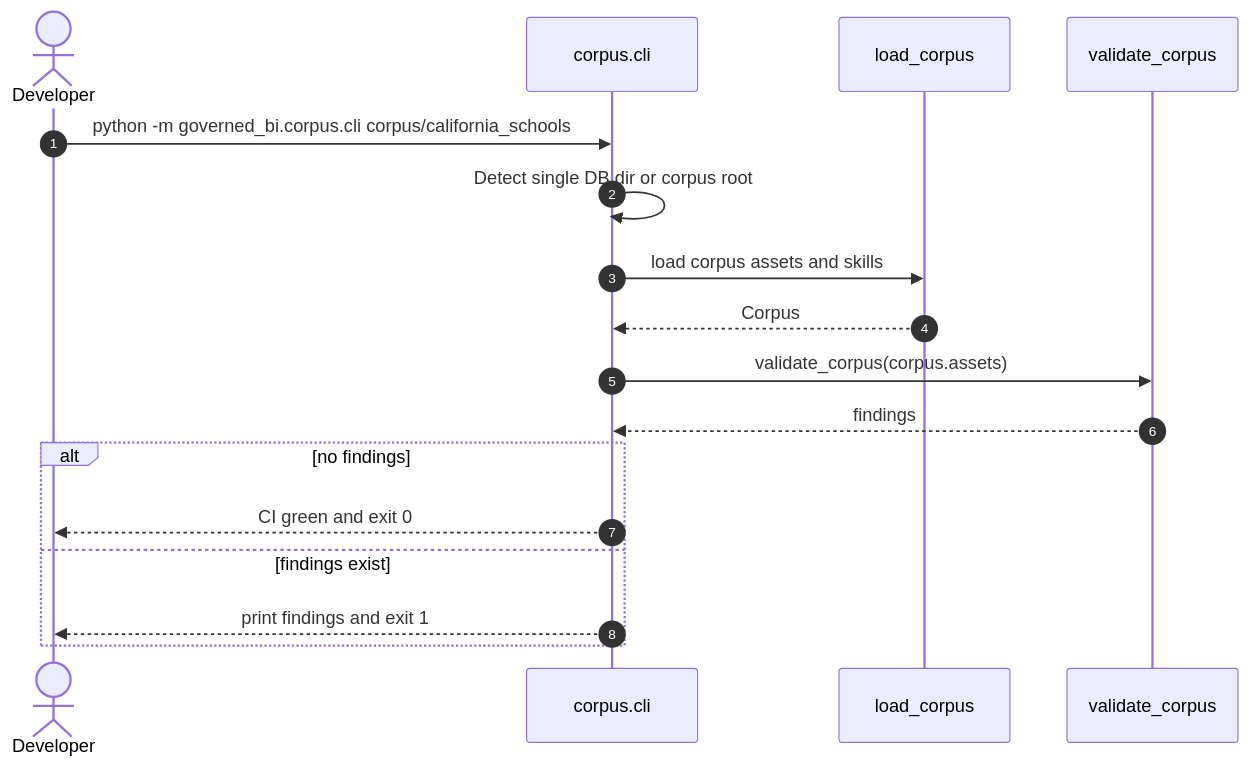
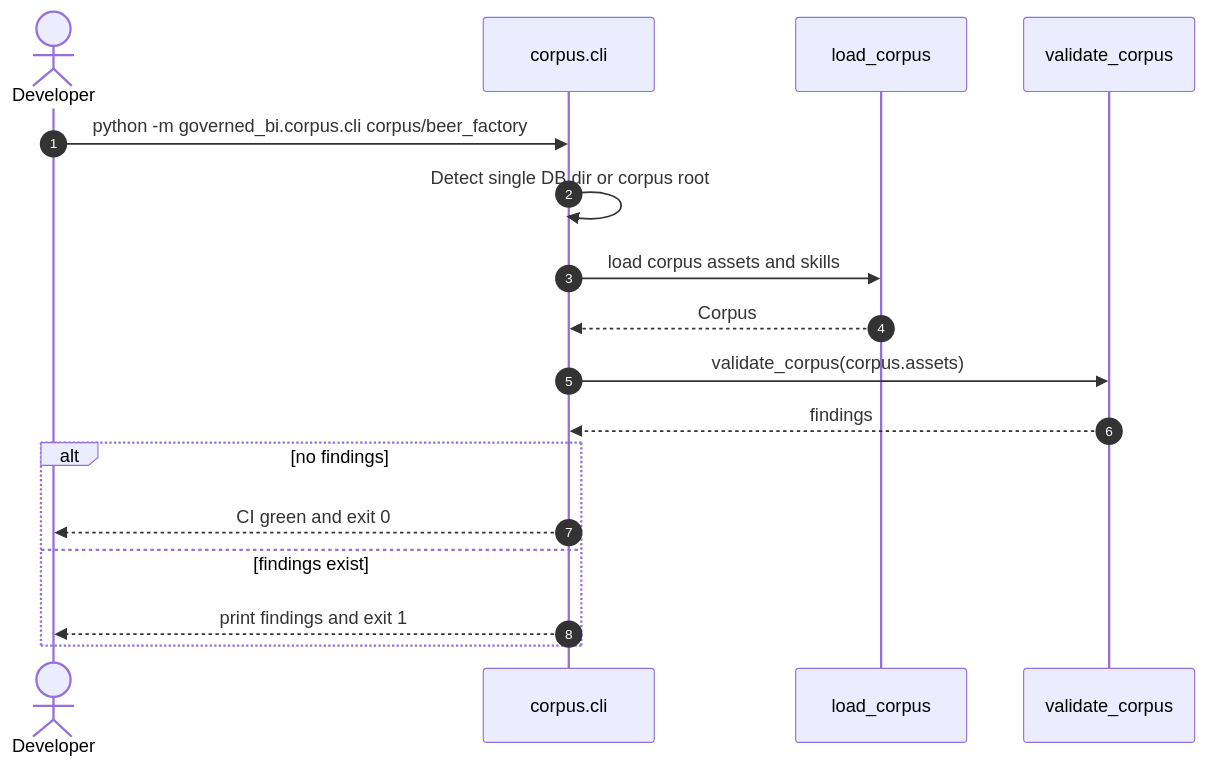
Before and after one commit to Minhao-Zhang/governed-bi: the sixth of 6 diagrams in docs/diagrams/corpus.md, drawn with Mermaid. The commit also changed 59 other files, not shown here.

First line of the commit message:
Add DB layer + corpus serializer; replace example with real beer_factory corpus

````diff
--- a/docs/diagrams/corpus.md
+++ b/docs/diagrams/corpus.md
@@ -242,20 +242,20 @@
 ```mermaid
 sequenceDiagram
     autonumber
     actor Developer
     participant CLI as corpus.cli
     participant Loader as load_corpus
     participant Validator as validate_corpus
 
-    Developer->>CLI: python -m governed_bi.corpus.cli corpus/california_schools
+    Developer->>CLI: python -m governed_bi.corpus.cli corpus/beer_factory
     CLI->>CLI: Detect single DB dir or corpus root
     CLI->>Loader: load corpus assets and skills
     Loader-->>CLI: Corpus
     CLI->>Validator: validate_corpus(corpus.assets)
     Validator-->>CLI: findings
     alt no findings
         CLI-->>Developer: CI green and exit 0
     else findings exist
         CLI-->>Developer: print findings and exit 1
     end
 ```
````
